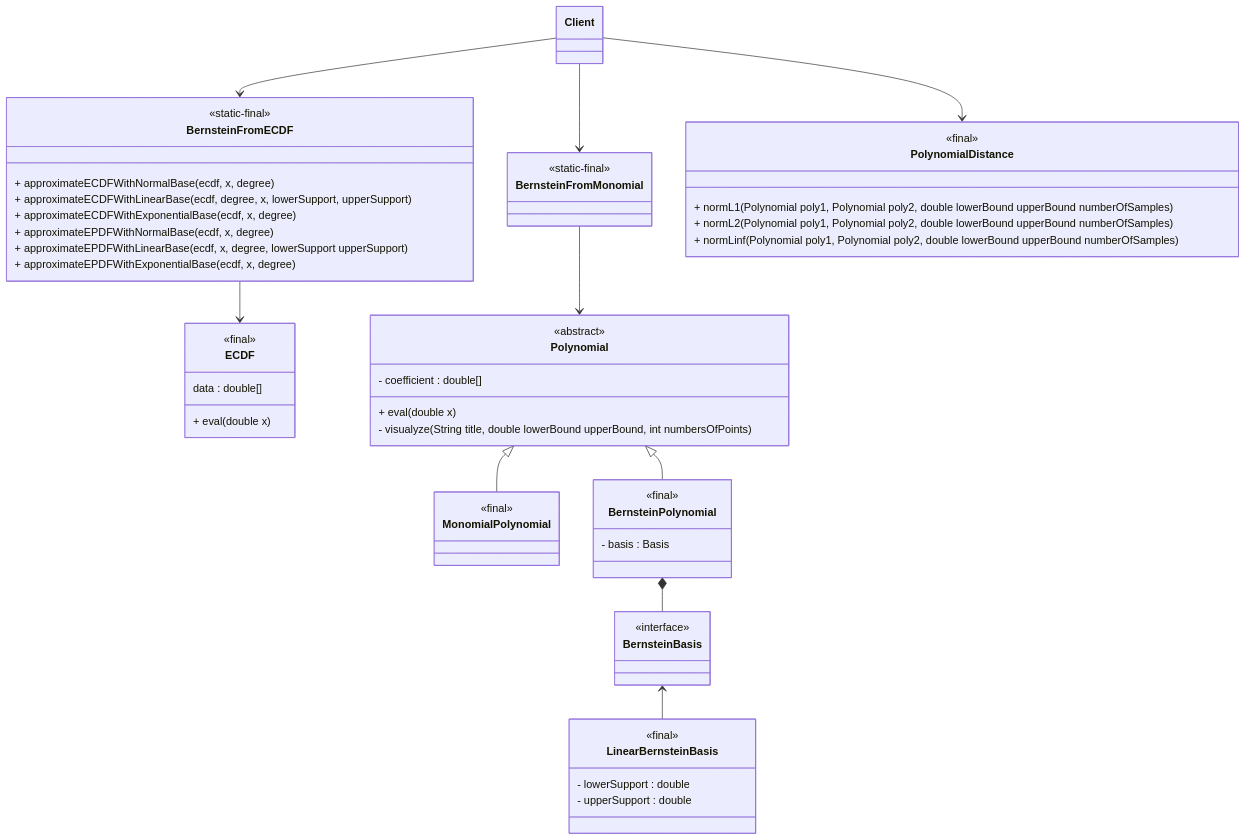
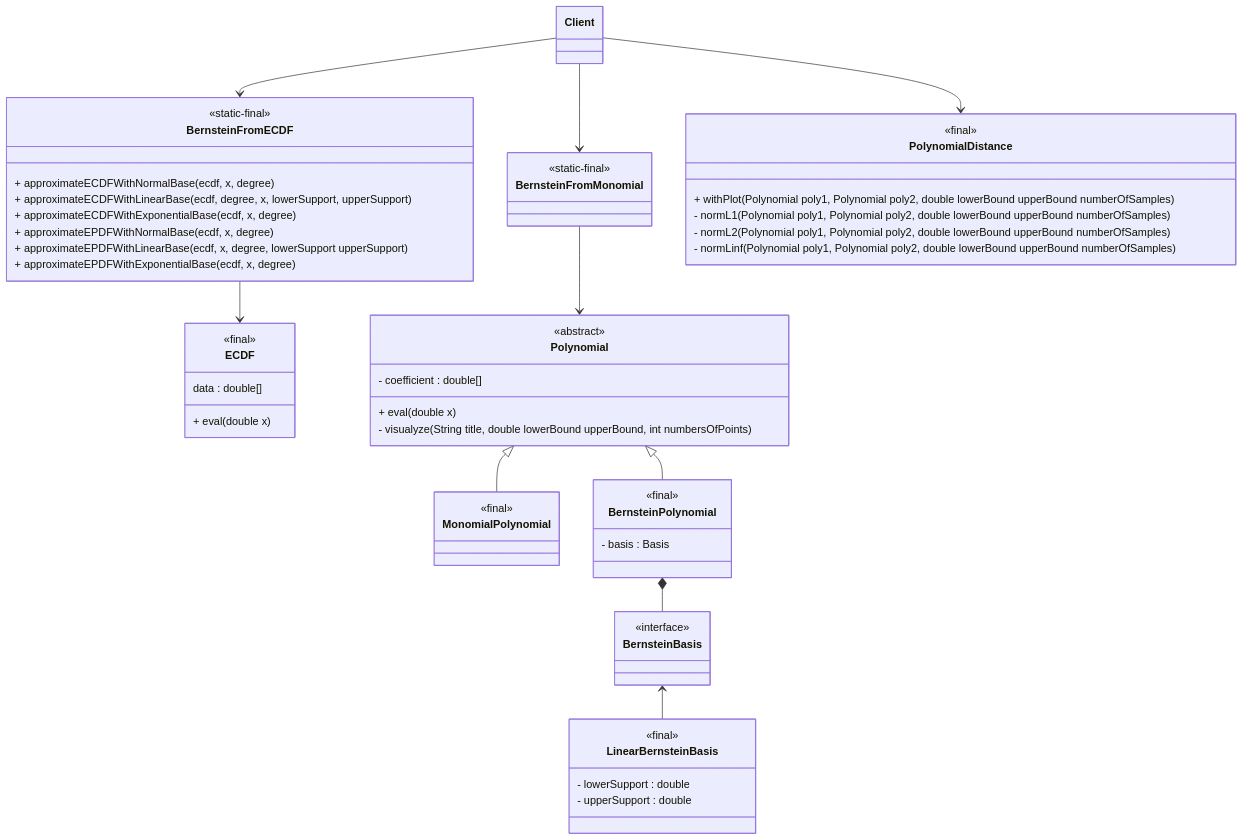
One commit to edoardosarri24/probabilistic-soft-real-time-analysis changed the diagram in report/images/2-bernstein/class_diagram.mmd. Above: the diagram before and after it, drawn with Mermaid. The commit also changed 7 other files, not shown here.

```diff
--- a/report/images/2-bernstein/class_diagram.mmd
+++ b/report/images/2-bernstein/class_diagram.mmd
@@ -1,67 +1,68 @@
 classDiagram
 
     %% BernsteinFromECDF
     class BernsteinFromECDF {
         <<static-final>>
         + approximateECDFWithNormalBase(ecdf, x, degree)
         + approximateECDFWithLinearBase(ecdf, degree, x, lowerSupport, upperSupport)
         + approximateECDFWithExponentialBase(ecdf, x, degree)
         + approximateEPDFWithNormalBase(ecdf, x, degree)
         + approximateEPDFWithLinearBase(ecdf, x, degree, lowerSupport upperSupport)
         + approximateEPDFWithExponentialBase(ecdf, x, degree)
     }
 
     class ECDF {
         <<final>>
         data : double[]
         + eval(double x)
     }
 
     %% BernsteinFromMonomial
     class BernsteinFromMonomial {
         <<static-final>>
     }
 
     class Polynomial {
         <<abstract>>
         - coefficient : double[]
         + eval(double x)
         - visualyze(String title, double lowerBound upperBound, int numbersOfPoints)
     }
 
     class MonomialPolynomial {
         <<final>>
     }
 
     class BernsteinPolynomial {
         <<final>>
         - basis : Basis
     }
 
     class BernsteinBasis {
         <<interface>>
     }
 
     class LinearBernsteinBasis {
         <<final>>
         - lowerSupport : double
         - upperSupport : double
     }
 
     class PolynomialDistance {
         <<final>>
-        + normL1(Polynomial poly1, Polynomial poly2, double lowerBound upperBound numberOfSamples)
-        + normL2(Polynomial poly1, Polynomial poly2, double lowerBound upperBound numberOfSamples)
-        + normLinf(Polynomial poly1, Polynomial poly2, double lowerBound upperBound numberOfSamples)
+        + withPlot(Polynomial poly1, Polynomial poly2, double lowerBound upperBound numberOfSamples)
+        - normL1(Polynomial poly1, Polynomial poly2, double lowerBound upperBound numberOfSamples)
+        - normL2(Polynomial poly1, Polynomial poly2, double lowerBound upperBound numberOfSamples)
+        - normLinf(Polynomial poly1, Polynomial poly2, double lowerBound upperBound numberOfSamples)
     }
 
     %% Relation
     Client --> BernsteinFromMonomial
     Client --> BernsteinFromECDF
     Client --> PolynomialDistance
     BernsteinFromMonomial --> Polynomial
     Polynomial <|-- MonomialPolynomial
     Polynomial <|-- BernsteinPolynomial
     BernsteinPolynomial *-- BernsteinBasis
     BernsteinBasis <-- LinearBernsteinBasis
     BernsteinFromECDF --> ECDF
```
